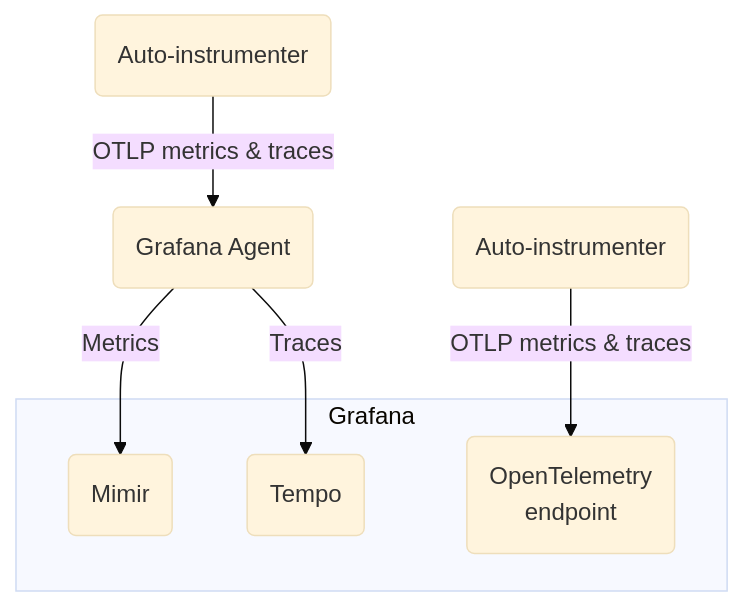
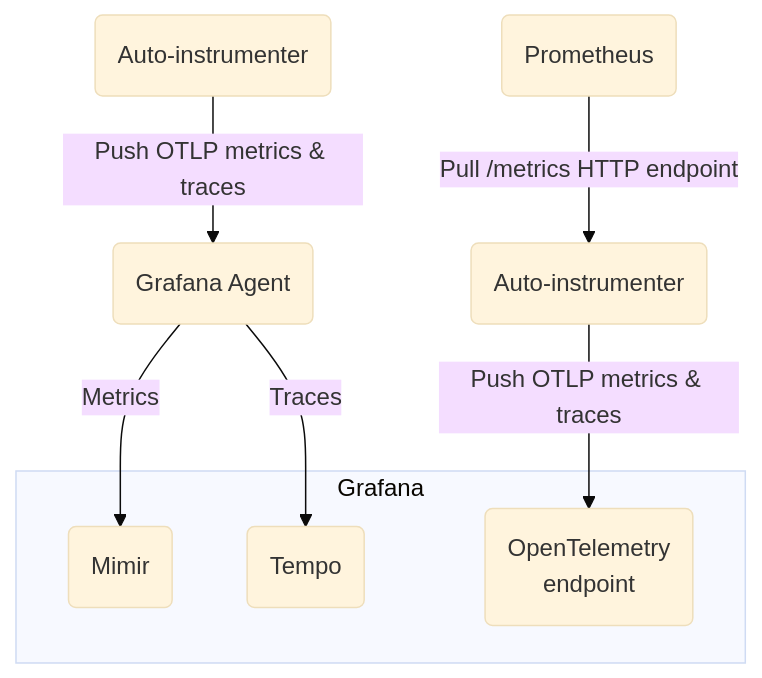
Before and after one commit to grafana/beyla: the first of 2 diagrams in docs/agent-vs-direct/README.md, drawn with Mermaid (base theme). The commit also changed other lines of this file and 1 other file, not shown here.

````diff
--- a/docs/agent-vs-direct/README.md
+++ b/docs/agent-vs-direct/README.md
@@ -18,15 +18,17 @@
 ```mermaid
 flowchart TD
-  EA1(Auto-instrumenter)  --> |OTLP metrics & traces| GA1(Grafana Agent)
+  EA1(Auto-instrumenter)  --> |Push OTLP metrics & traces| GA1(Grafana Agent)
   
   subgraph Grafana
     M(Mimir)
     T(Tempo)
     OTLP(OpenTelemetry<br/>endpoint)
   end
 
   GA1 --> |Metrics| M
   GA1 --> |Traces| T
 
-  EA2(Auto-instrumenter) --> |OTLP metrics & traces| OTLP
+  EA2(Auto-instrumenter) --> |Push OTLP metrics & traces| OTLP
+
+  P(Prometheus) --> |Pull /metrics HTTP endpoint| EA2
 ```
````
